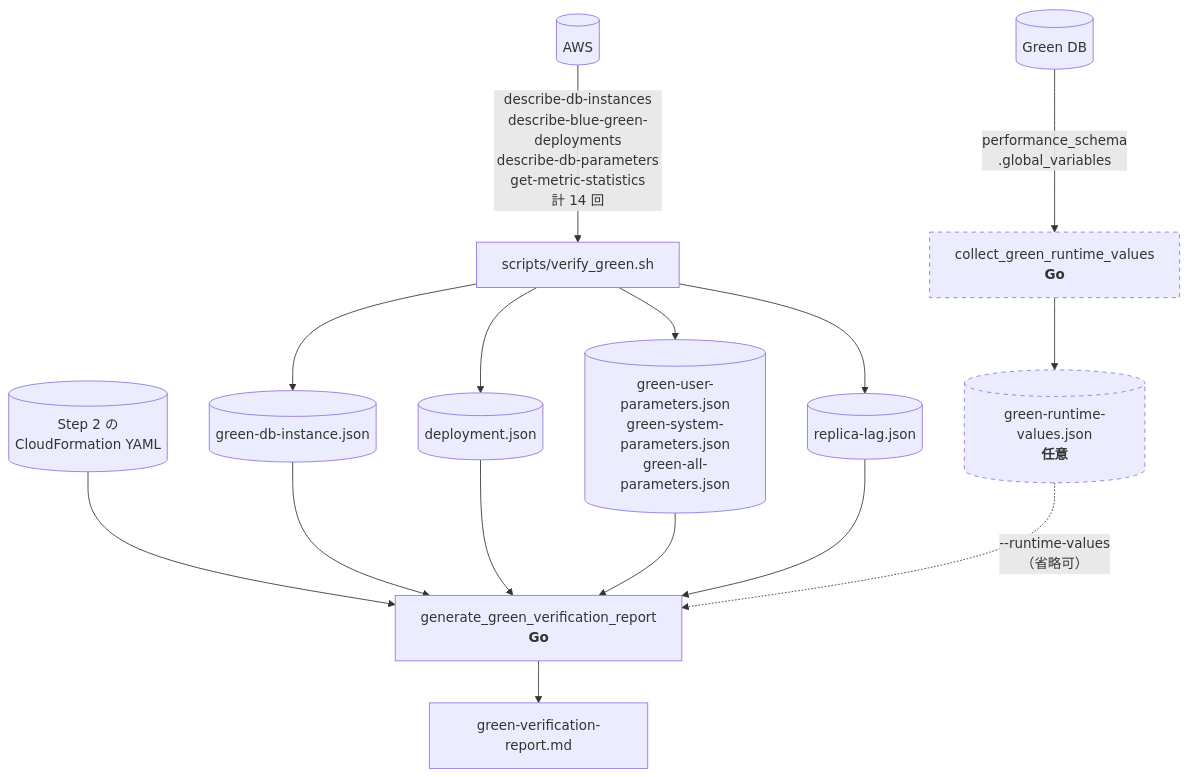
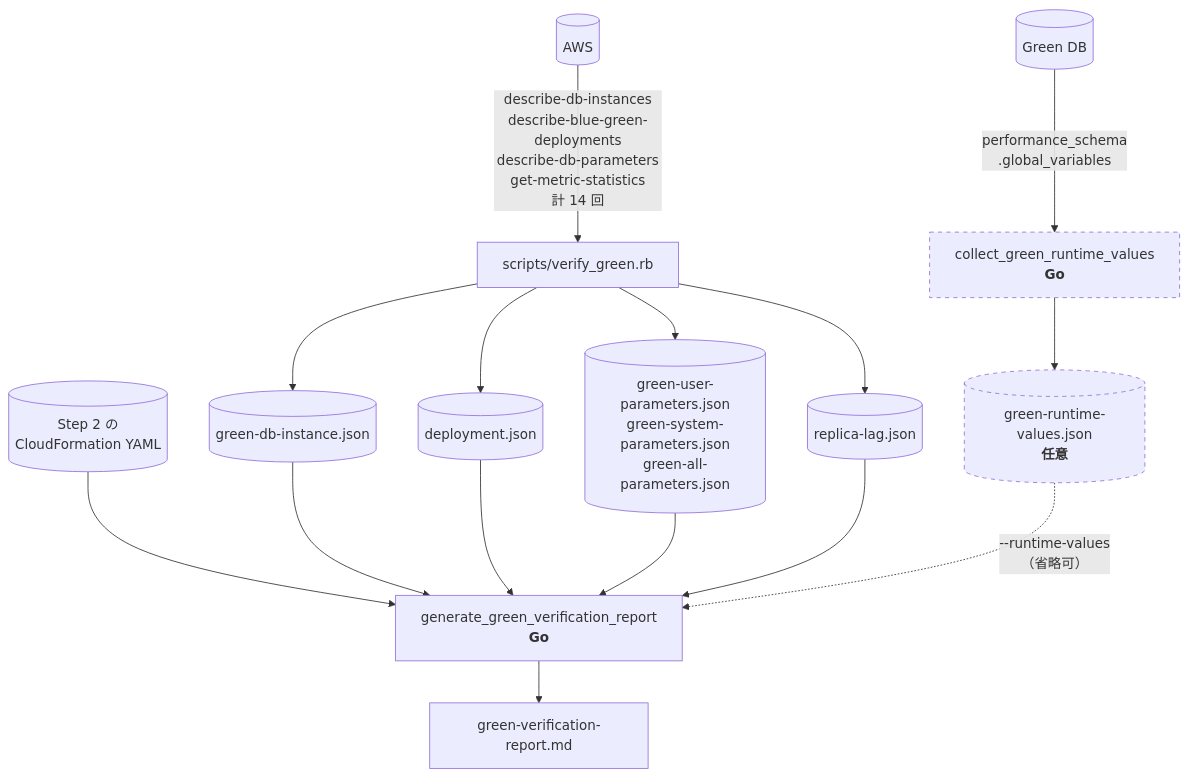
One commit to rxsxkxd/pk changed the sixth of 8 diagrams in docs/rds_mysql_upgrade/report-generation-flows.md. Above: the diagram before and after it, drawn with Mermaid. The commit also changed other lines of this file and 54 other files, not shown here.

````diff
--- a/docs/rds_mysql_upgrade/report-generation-flows.md
+++ b/docs/rds_mysql_upgrade/report-generation-flows.md
@@ -239,22 +239,22 @@
 ```mermaid
 flowchart TB
-    AWS[("AWS")] -->|"describe-db-instances<br/>describe-blue-green-deployments<br/>describe-db-parameters<br/>get-metric-statistics<br/>計 14 回"| VG["scripts/verify_green.sh"]
+    AWS[("AWS")] -->|"describe-db-instances<br/>describe-blue-green-deployments<br/>describe-db-parameters<br/>get-metric-statistics<br/>計 14 回"| VG["scripts/verify_green.rb"]
     VG --> J1[("green-db-instance.json")]
     VG --> J2[("deployment.json")]
     VG --> J3[("green-user-parameters.json<br/>green-system-parameters.json<br/>green-all-parameters.json")]
     VG --> J4[("replica-lag.json")]
 
     DB[("Green DB")] -->|"performance_schema<br/>.global_variables"| COL["collect_green_runtime_values<br/><b>Go</b>"]
     COL --> J5[("green-runtime-values.json<br/><b>任意</b>")]
 
     TPL[("Step 2 の<br/>CloudFormation YAML")] --> GEN
     J1 --> GEN["generate_green_verification_report<br/><b>Go</b>"]
     J2 --> GEN
     J3 --> GEN
     J4 --> GEN
     J5 -.->|"--runtime-values<br/>（省略可）"| GEN
     GEN --> MD["green-verification-report.md"]
 
     classDef opt stroke-dasharray: 5 5
     class J5,COL opt
 ```
````
